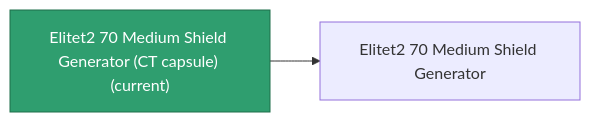
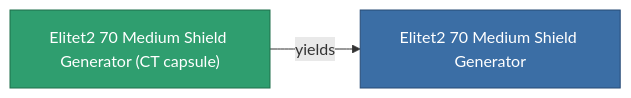
Before and after one commit to OpenPerpetuum/Wiki: the diagram in content/content/items/elitet2_70_medium_shield_generator_CT_capsule.md, drawn with Mermaid. The commit also changed other lines of this file and 2015 other files, not shown here.

````diff
--- a/content/content/items/elitet2_70_medium_shield_generator_CT_capsule.md
+++ b/content/content/items/elitet2_70_medium_shield_generator_CT_capsule.md
@@ -33,8 +33,9 @@
 ```mermaid
 graph LR
-    a["Elitet2 70 Medium Shield Generator (CT capsule) (current)"]:::current
-    b["Elitet2 70 Medium Shield Generator"]
-    a --> b
-    click b "/content/items/elitet2-70-medium-shield-generator/" "Elitet2 70 Medium Shield Generator"
+    a["Elitet2 70 Medium Shield Generator (CT capsule)"]:::current
+    b["Elitet2 70 Medium Shield Generator"]:::finished
+    a -->|yields| b
+                click b "/content/items/elitet2-70-medium-shield-generator/" "Elitet2 70 Medium Shield Generator"
     classDef current fill:#2f9e6f,stroke:#1f6f4a,color:#ffffff
+    classDef finished fill:#3b6ea5,stroke:#274a75,color:#ffffff
 ```
````
